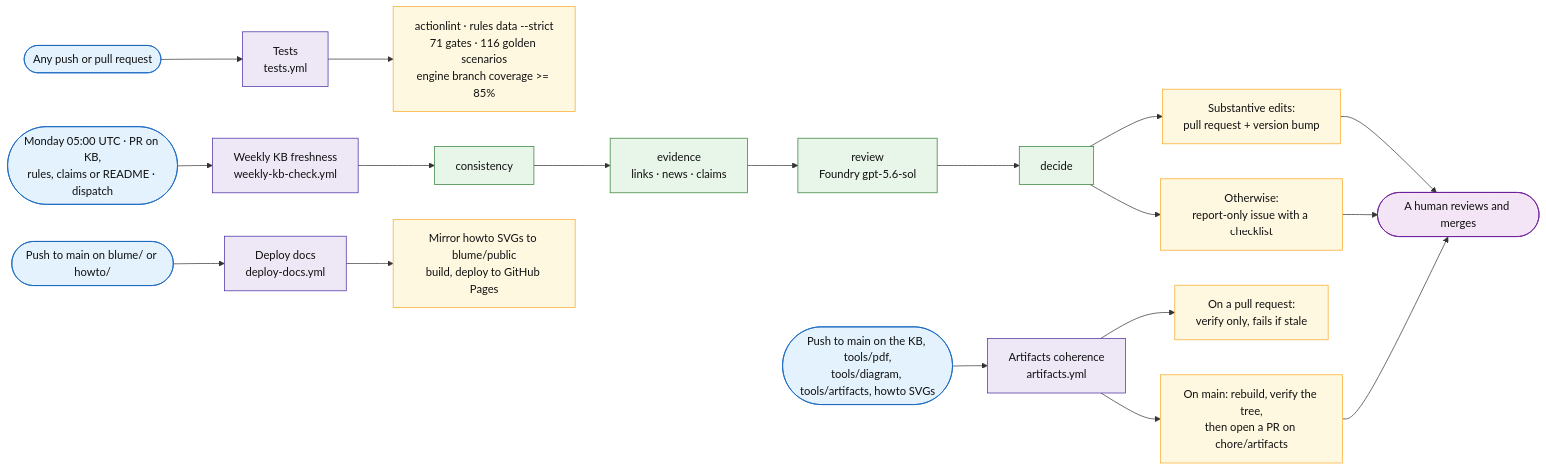
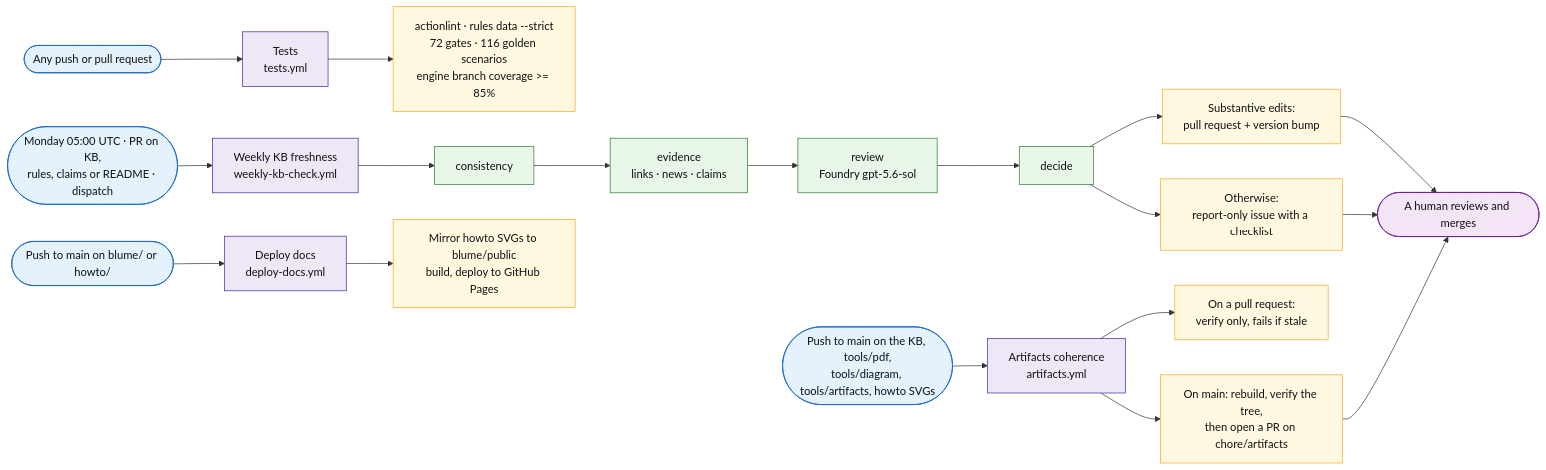
Before and after one commit to fredgis/sql-migration-advisor: the sixth of 6 diagrams in docs/sql-migration-advisor-developer-pitch.md, drawn with Mermaid. The commit also changed 25 other files, not shown here.

````diff
--- a/docs/sql-migration-advisor-developer-pitch.md
+++ b/docs/sql-migration-advisor-developer-pitch.md
@@ -991,33 +991,33 @@
 ```mermaid
 flowchart LR
     G1([Any push or pull request]) --> W1[Tests<br/>tests.yml]
     G2([Monday 05:00 UTC · PR on KB,<br/>rules, claims or README · dispatch]) --> W2[Weekly KB freshness<br/>weekly-kb-check.yml]
     G3([Push to main on the KB, tools/pdf,<br/>tools/diagram, tools/artifacts, howto SVGs]) --> W3[Artifacts coherence<br/>artifacts.yml]
     G4([Push to main on blume/ or howto/]) --> W4[Deploy docs<br/>deploy-docs.yml]
 
-    W1 --> O1[actionlint · rules data --strict<br/>71 gates · 116 golden scenarios<br/>engine branch coverage >= 85%]
+    W1 --> O1[actionlint · rules data --strict<br/>72 gates · 116 golden scenarios<br/>engine branch coverage >= 85%]
 
     W2 --> C1[consistency] --> C2[evidence<br/>links · news · claims] --> C3[review<br/>Foundry gpt-5.6-sol] --> C4[decide]
     C4 --> O2a[Substantive edits:<br/>pull request + version bump]
     C4 --> O2b[Otherwise:<br/>report-only issue with a checklist]
 
     W3 --> O3a[On a pull request:<br/>verify only, fails if stale]
     W3 --> O3b[On main: rebuild, verify the tree,<br/>then open a PR on chore/artifacts]
 
     W4 --> O4[Mirror howto SVGs to blume/public<br/>build, deploy to GitHub Pages]
 
     O2a --> H([A human reviews and merges])
     O2b --> H
     O3b --> H
 
     classDef trig fill:#e3f2fd,stroke:#1565c0,color:#111
     classDef flow fill:#ede7f6,stroke:#4527a0,color:#111
     classDef step fill:#e8f5e9,stroke:#2e7d32,color:#111
     classDef out fill:#fff8e1,stroke:#f9a825,color:#111
     classDef human fill:#f3e5f5,stroke:#6a1b9a,color:#111
     class G1,G2,G3,G4 trig
     class W1,W2,W3,W4 flow
     class C1,C2,C3,C4 step
     class O1,O2a,O2b,O3a,O3b,O4 out
     class H human
 ```
````
